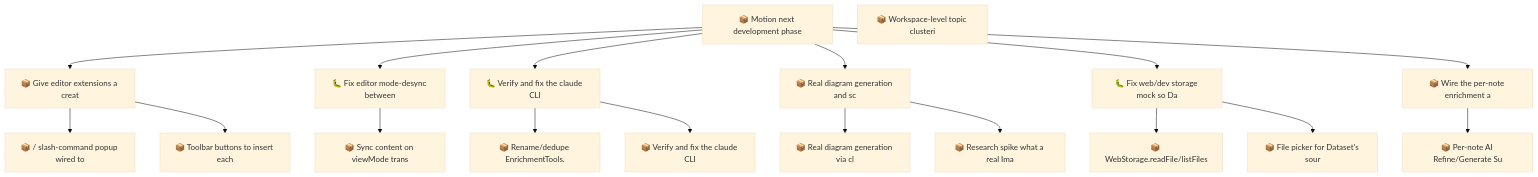
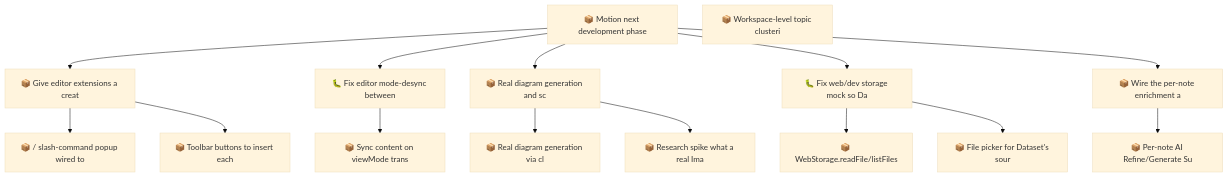
One commit to SpillwaveSolutions/motion changed the second of 2 diagrams in docs/roadmap.md. Above: the diagram before and after it, drawn with Mermaid (base theme). The commit also changed other lines of this file and 15 other files, not shown here.

First line of the commit message:
fix(cli): use real claude --system-prompt flag; split EnrichmentTools.test.ts

````diff
--- a/docs/roadmap.md
+++ b/docs/roadmap.md
@@ -96,37 +87,31 @@
 ```mermaid
 graph TD
-    01KYFZ6RBH4J746JDANTQKYVSN["📦 Rename/dedupe EnrichmentTools."]
     01KYFZ6RBH7SW7J03FYN4XZ08J["📦 Sync content on viewMode trans"]
     01KYFZ6RBHA5DRP85QQ0EHTAJ6["📦 Give editor extensions a creat"]
     01KYFZ6RBHABFSC9K9NJ90168Q["📦 Motion next development phase"]
-    01KYFZ6RBHBG53PG8SKVMMNCC4["📦 Verify and fix the claude CLI"]
     01KYFZ6RBHBTXGWG8HREAG8AG9["📦 / slash-command popup wired to"]
     01KYFZ6RBHDMXV57V4JZW3PS5K["🐛 Fix editor mode-desync between"]
-    01KYFZ6RBHW4FJK9EGFAQ3XNJX["🐛 Verify and fix the claude CLI"]
     01KYFZ6RBHZQWH62SK631C3H1K["📦 Toolbar buttons to insert each"]
     01KYFZ6RBJ18SB2ZCSFK06BNJ2["📦 WebStorage.readFile/listFiles"]
     01KYFZ6RBJ5718M3GQPAB76RHS["📦 Real diagram generation and sc"]
     01KYFZ6RBJC07FEQ0FT0KQ302M["🐛 Fix web/dev storage mock so Da"]
     01KYFZ6RBJCWMMF7THJZFB6943["📦 Real diagram generation via cl"]
     01KYFZ6RBJEYPZ9RX0F86490TM["📦 Research spike what a real Ima"]
     01KYFZ6RBJT7FG0G30WYS3YF6Q["📦 File picker for Dataset's sour"]
     01KYFZ6RBJV920SFW0MAN9MX9J["📦 Wire the per-note enrichment a"]
     01KYFZ6RBJZNYDT9AK2V0RA11T["📦 Per-note AI Refine/Generate Su"]
     01KYFZ8RGR06XBSG9CH4TEWYJY["📦 Workspace-level topic clusteri"]
-    01KYFZ6RBHW4FJK9EGFAQ3XNJX --> 01KYFZ6RBH4J746JDANTQKYVSN
     01KYFZ6RBHDMXV57V4JZW3PS5K --> 01KYFZ6RBH7SW7J03FYN4XZ08J
     01KYFZ6RBHABFSC9K9NJ90168Q --> 01KYFZ6RBHA5DRP85QQ0EHTAJ6
-    01KYFZ6RBHW4FJK9EGFAQ3XNJX --> 01KYFZ6RBHBG53PG8SKVMMNCC4
     01KYFZ6RBHA5DRP85QQ0EHTAJ6 --> 01KYFZ6RBHBTXGWG8HREAG8AG9
     01KYFZ6RBHABFSC9K9NJ90168Q --> 01KYFZ6RBHDMXV57V4JZW3PS5K
-    01KYFZ6RBHABFSC9K9NJ90168Q --> 01KYFZ6RBHW4FJK9EGFAQ3XNJX
     01KYFZ6RBHA5DRP85QQ0EHTAJ6 --> 01KYFZ6RBHZQWH62SK631C3H1K
     01KYFZ6RBJC07FEQ0FT0KQ302M --> 01KYFZ6RBJ18SB2ZCSFK06BNJ2
     01KYFZ6RBHABFSC9K9NJ90168Q --> 01KYFZ6RBJ5718M3GQPAB76RHS
     01KYFZ6RBHABFSC9K9NJ90168Q --> 01KYFZ6RBJC07FEQ0FT0KQ302M
     01KYFZ6RBJ5718M3GQPAB76RHS --> 01KYFZ6RBJCWMMF7THJZFB6943
     01KYFZ6RBJ5718M3GQPAB76RHS --> 01KYFZ6RBJEYPZ9RX0F86490TM
     01KYFZ6RBJC07FEQ0FT0KQ302M --> 01KYFZ6RBJT7FG0G30WYS3YF6Q
     01KYFZ6RBHABFSC9K9NJ90168Q --> 01KYFZ6RBJV920SFW0MAN9MX9J
     01KYFZ6RBJV920SFW0MAN9MX9J --> 01KYFZ6RBJZNYDT9AK2V0RA11T
 ```
````
